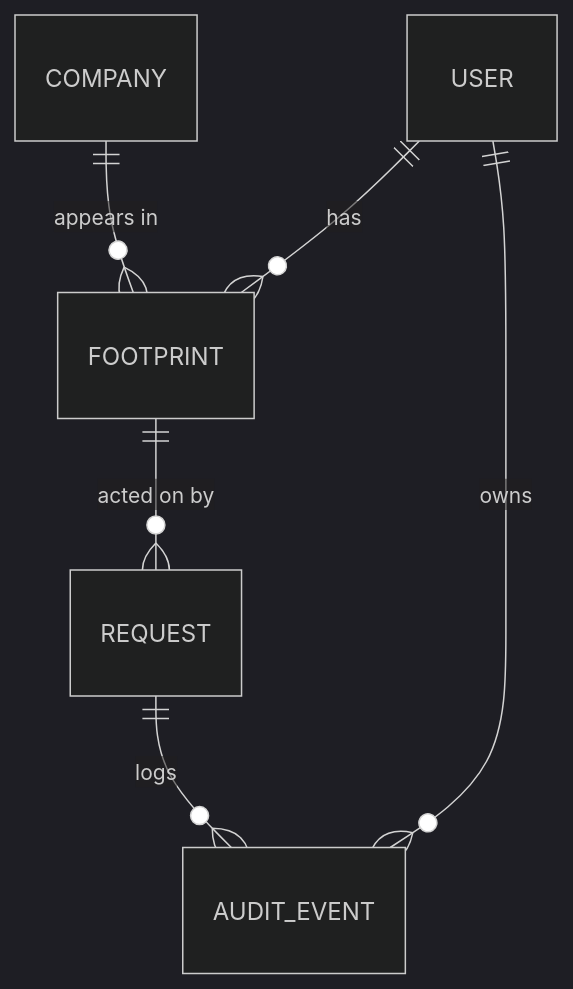
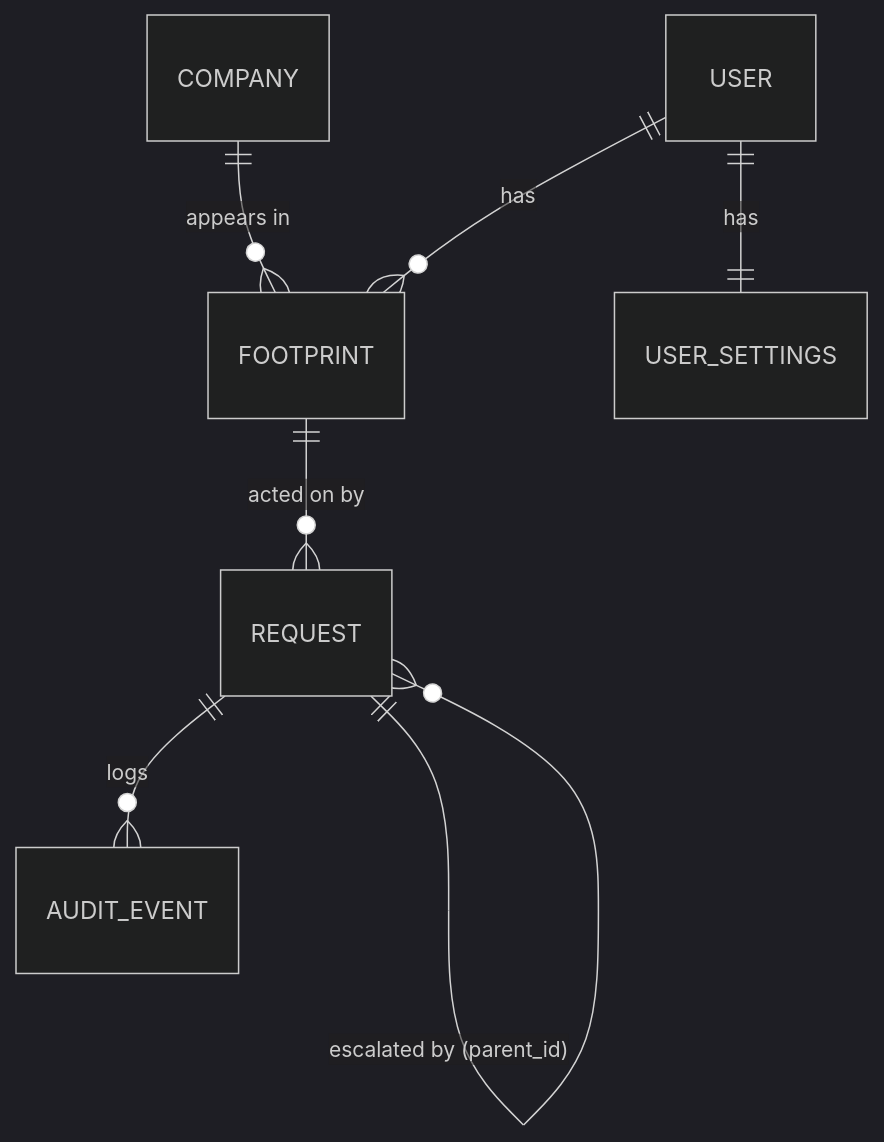
Before and after one commit to abhishiv17/DataExit: the first of 2 diagrams in docs/architecture/data-model.md, drawn with Mermaid (dark theme). The commit also changed other lines of this file and 113 other files, not shown here.

````diff
--- a/docs/architecture/data-model.md
+++ b/docs/architecture/data-model.md
@@ -5,8 +5,9 @@
 ```mermaid
 erDiagram
   COMPANY ||--o{ FOOTPRINT : "appears in"
   USER ||--o{ FOOTPRINT : has
   FOOTPRINT ||--o{ REQUEST : "acted on by"
+  REQUEST ||--o{ REQUEST : "escalated by (parent_id)"
   REQUEST ||--o{ AUDIT_EVENT : logs
-  USER ||--o{ AUDIT_EVENT : owns
+  USER ||--|| USER_SETTINGS : has
 ```
````
